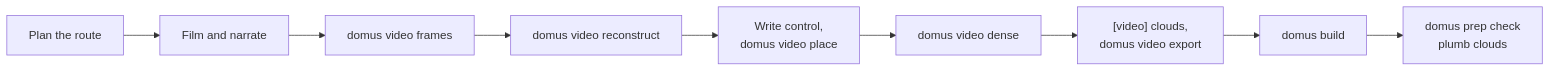
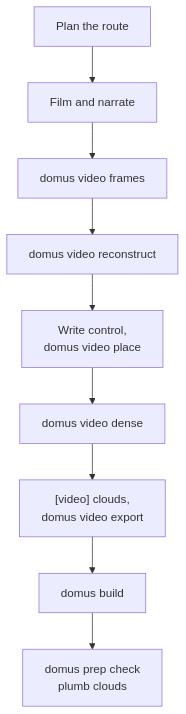
Before and after one commit to populii/domus: the second of 3 diagrams in AGENTS.md, drawn with Mermaid. The commit also changed 2 other files, not shown here.

Commit message:
README: the 3D model section goes; the long flowcharts read top to bottom
GitHub's STL viewer takes no settings from a README: one colour, a camera at five times the model's size and a wire
floor of its own, so the demo showed as a small blue patch. The README's and AGENTS.md's left-to-right flowcharts of
nine and ten steps were shrunk to the column's width, so they now run top to bottom.

````diff
--- a/AGENTS.md
+++ b/AGENTS.md
@@ -298,6 +298,6 @@
 ```mermaid
-flowchart LR
+flowchart TD
   A[Plan the route] --> B[Film and narrate] --> C["domus video frames"] --> D["domus video reconstruct"]
   D --> E["Write control,<br/>domus video place"] --> F["domus video dense"] --> G["[video] clouds,<br/>domus video export"] --> H["domus build"]
   H --> I["domus prep check<br/>plumb clouds"]
 ```
````
